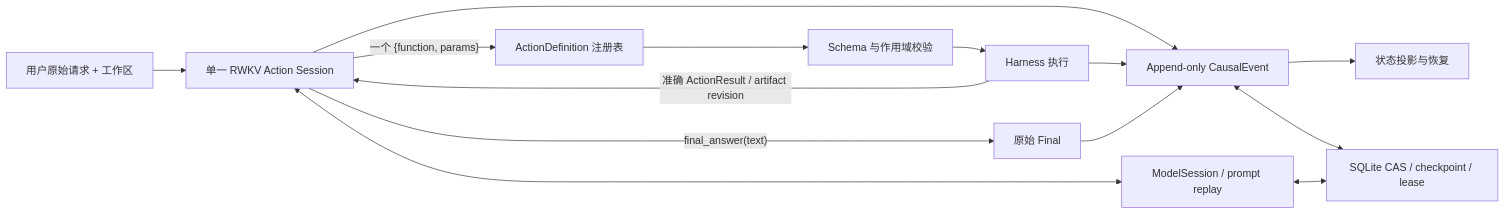
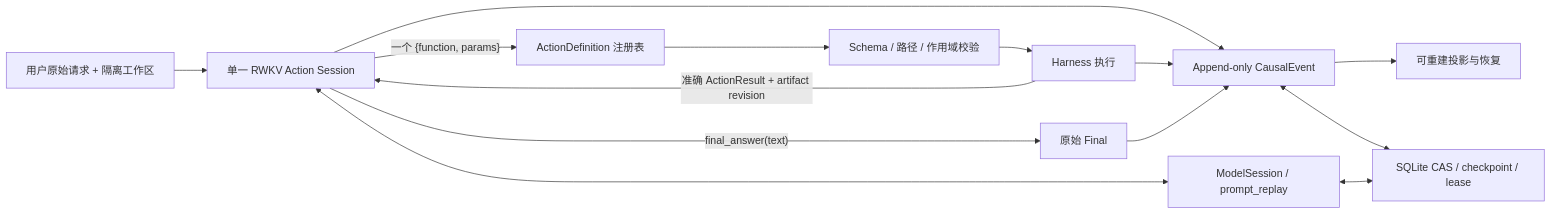
The diagram in docs/PAPER.md (rwkv-rs/RWKV-LH), drawn with Mermaid before and after one commit. The commit also changed other lines of this file, not shown here.

````diff
--- a/docs/PAPER.md
+++ b/docs/PAPER.md
@@ -305,13 +125,13 @@
 ```mermaid
 flowchart LR
-    U["用户原始请求 + 工作区"] --> S["单一 RWKV Action Session"]
+    U["用户原始请求 + 隔离工作区"] --> S["单一 RWKV Action Session"]
     S -->|"一个 {function, params}"| R["ActionDefinition 注册表"]
-    R --> V["Schema 与作用域校验"]
+    R --> V["Schema / 路径 / 作用域校验"]
     V --> H["Harness 执行"]
-    H -->|"准确 ActionResult / artifact revision"| S
+    H -->|"准确 ActionResult + artifact revision"| S
     S -->|"final_answer(text)"| F["原始 Final"]
-    S <--> M["ModelSession / prompt replay"]
+    S <--> M["ModelSession / prompt_replay"]
     S & H & F --> E["Append-only CausalEvent"]
-    E --> P["状态投影与恢复"]
+    E --> P["可重建投影与恢复"]
     E & M <--> D["SQLite CAS / checkpoint / lease"]
 ```
````
